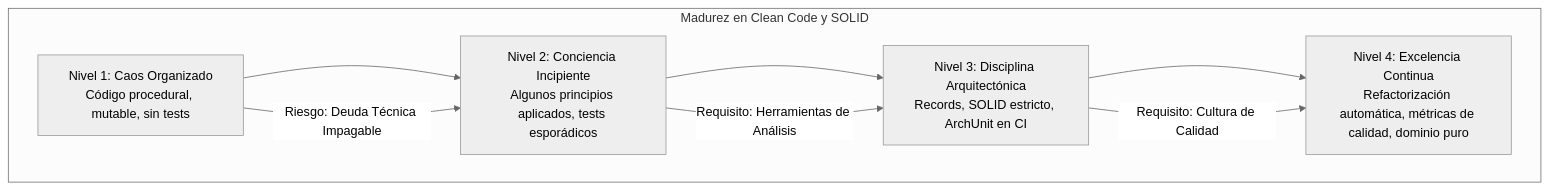
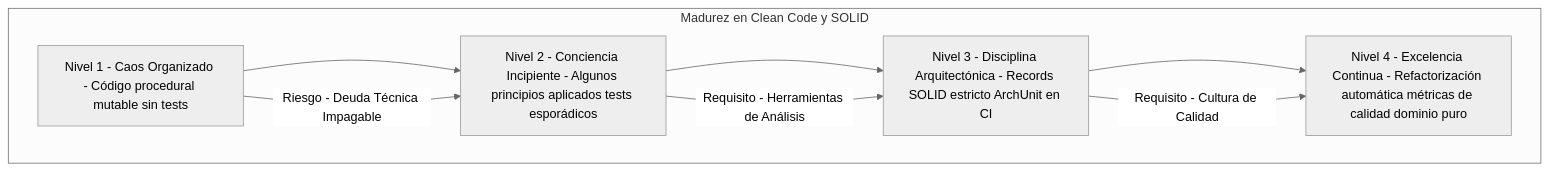
The fourth of 4 diagrams in 01_Java_Core/clean_code_y_solid_con_java_21_STAFF.md (Joaquinriosheredia/DAM-Java-Mastery), drawn with Mermaid (neutral theme) before and after one commit. The commit also changed other lines of this file, not shown here.

Commit message:
clean_code_y_solid_con_java_21_STAFF.md

````diff
--- a/01_Java_Core/clean_code_y_solid_con_java_21_STAFF.md
+++ b/01_Java_Core/clean_code_y_solid_con_java_21_STAFF.md
@@ -533,13 +642,13 @@
 ```mermaid
 graph TD
     subgraph "Madurez en Clean Code y SOLID"
-        L1[Nivel 1: Caos Organizado<br>Código procedural, mutable, sin tests] --> L2
-        L2[Nivel 2: Conciencia Incipiente<br>Algunos principios aplicados, tests esporádicos] --> L3
-        L3[Nivel 3: Disciplina Arquitectónica<br>Records, SOLID estricto, ArchUnit en CI] --> L4
-        L4[Nivel 4: Excelencia Continua<br>Refactorización automática, métricas de calidad, dominio puro]
+        L1[Nivel 1 - Caos Organizado - Código procedural mutable sin tests] --> L2
+        L2[Nivel 2 - Conciencia Incipiente - Algunos principios aplicados tests esporádicos] --> L3
+        L3[Nivel 3 - Disciplina Arquitectónica - Records SOLID estricto ArchUnit en CI] --> L4
+        L4[Nivel 4 - Excelencia Continua - Refactorización automática métricas de calidad dominio puro]
     end
     
-    L1 -->|Riesgo: Deuda Técnica Impagable| L2
-    L2 -->|Requisito: Herramientas de Análisis| L3
-    L3 -->|Requisito: Cultura de Calidad| L4
+    L1 -->|Riesgo - Deuda Técnica Impagable| L2
+    L2 -->|Requisito - Herramientas de Análisis| L3
+    L3 -->|Requisito - Cultura de Calidad| L4
 ```
````
